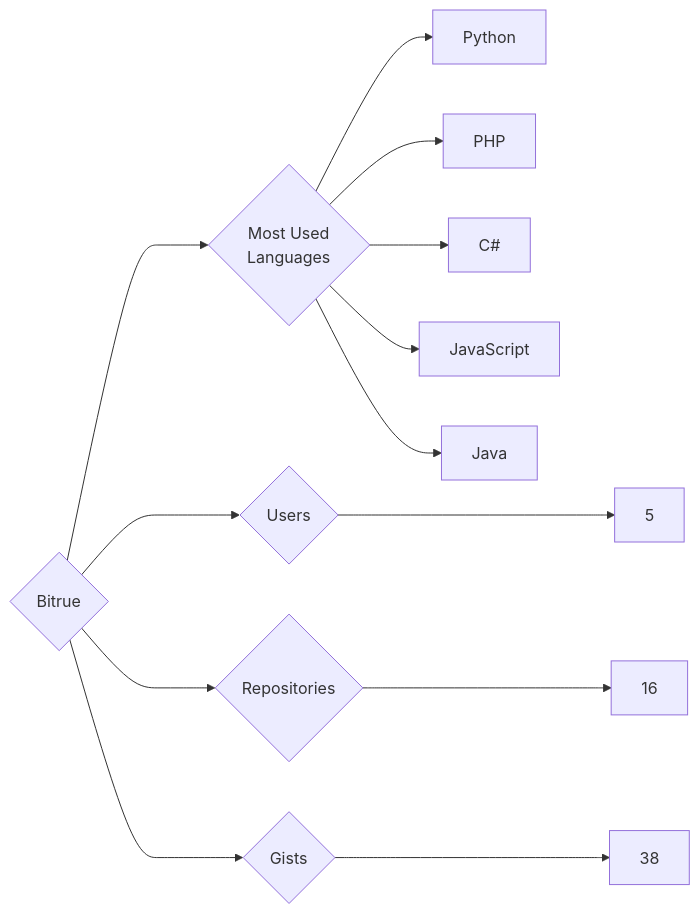
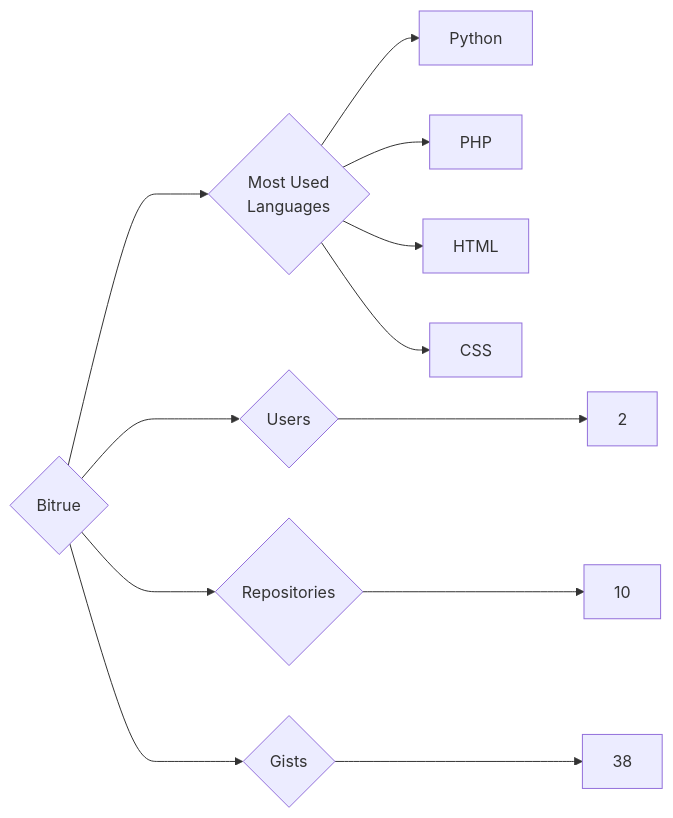
One commit to trickest/insiders changed the diagram in targets/Bitrue/README.md. Above: the diagram before and after it, drawn with Mermaid. The commit also changed 1238 other files, not shown here.

````diff
--- a/targets/Bitrue/README.md
+++ b/targets/Bitrue/README.md
@@ -3,13 +3,12 @@
 ```mermaid
 graph LR
 COMPANY_NAME{Bitrue}
-COMPANY_NAME ---> U{Users} ---> UN[5]
-COMPANY_NAME ---> R{Repositories} ---> RN[16]
+COMPANY_NAME ---> U{Users} ---> UN[2]
+COMPANY_NAME ---> R{Repositories} ---> RN[10]
 COMPANY_NAME ---> G{Gists} ---> GN[38]
 COMPANY_NAME ---> ML{Most Used<br>Languages}
 ML --> Python[Python]
 ML --> PHP[PHP]
-ML --> C#[C#]
-ML --> JavaScript[JavaScript]
-ML --> Java[Java]
+ML --> HTML[HTML]
+ML --> CSS[CSS]
 ```
````
